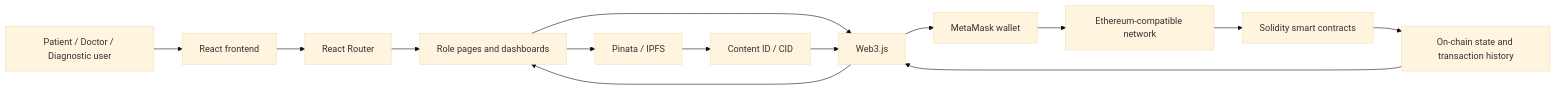
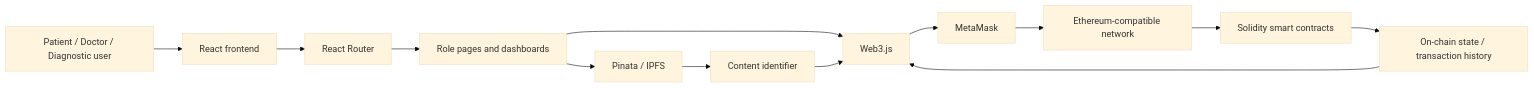
One commit to TheZohaibKhan/EHR changed the second of 5 diagrams in README.md. Above: the diagram before and after it, drawn with Mermaid (base theme). The commit also changed other lines of this file, not shown here.

````diff
--- a/README.md
+++ b/README.md
@@ -192,16 +188,15 @@
 ```mermaid
 flowchart LR
     U[Patient / Doctor / Diagnostic user] --> UI[React frontend]
-    UI --> R[React Router]
-    R --> P[Role pages and dashboards]
-    P --> W[Web3.js]
-    W --> M[MetaMask wallet]
-    P --> IPFS[Pinata / IPFS]
-    IPFS --> CID[Content ID / CID]
-    CID --> W
-    M --> ETH[Ethereum-compatible network]
-    ETH --> SC[Solidity smart contracts]
-    SC --> LEDGER[On-chain state and transaction history]
-    LEDGER --> W
-    W --> P
+    UI --> ROUTER[React Router]
+    ROUTER --> PAGES[Role pages and dashboards]
+    PAGES --> WEB3[Web3.js]
+    WEB3 --> WALLET[MetaMask]
+    PAGES --> PINATA[Pinata / IPFS]
+    PINATA --> CID[Content identifier]
+    CID --> WEB3
+    WALLET --> CHAIN[Ethereum-compatible network]
+    CHAIN --> CONTRACTS[Solidity smart contracts]
+    CONTRACTS --> STATE[On-chain state / transaction history]
+    STATE --> WEB3
 ```
````
